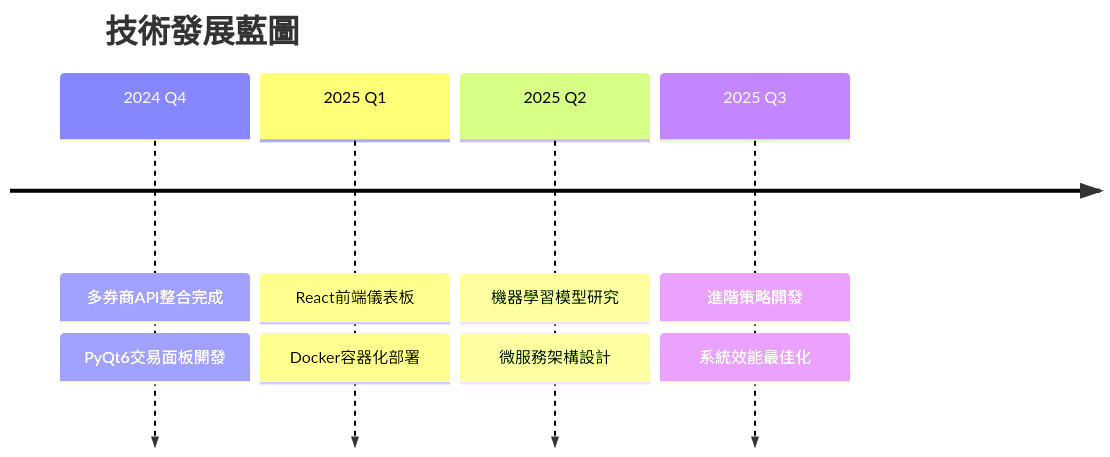
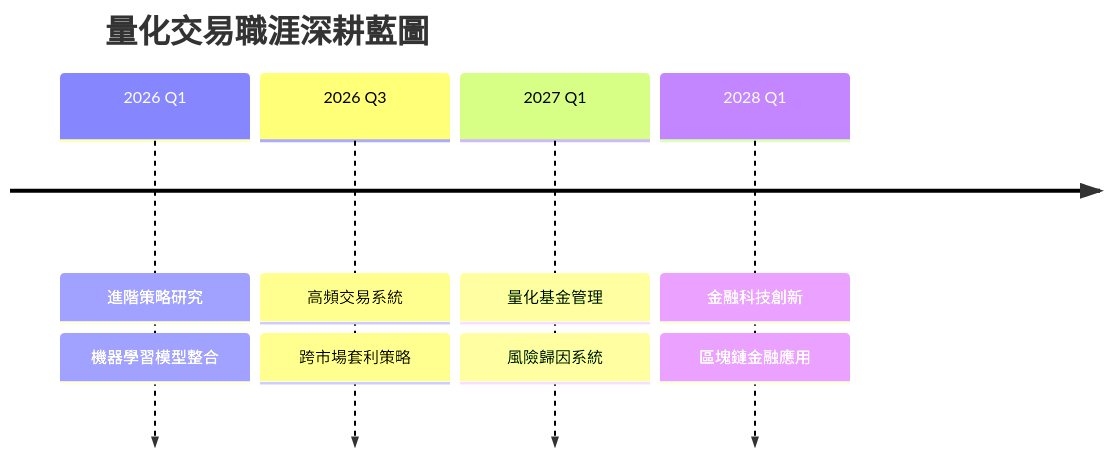
One commit to Weitsenyu/Weitsenyu changed the second of 2 diagrams in README.md. Above: the diagram before and after it, drawn with Mermaid. The commit also changed other lines of this file, not shown here.

````diff
--- a/README.md
+++ b/README.md
@@ -235,16 +235,16 @@
 ```mermaid
 timeline
-    title 技術發展藍圖
+    title 量化交易職涯深耕藍圖
     
-    2024 Q4 : 多券商API整合完成
-            : PyQt6交易面板開發
+    2026 Q1 : 進階策略研究
+            : 機器學習模型整合
             
-    2025 Q1 : React前端儀表板
-            : Docker容器化部署
+    2026 Q3 : 高頻交易系統
+            : 跨市場套利策略
             
-    2025 Q2 : 機器學習模型研究
-            : 微服務架構設計
+    2027 Q1 : 量化基金管理
+            : 風險歸因系統
             
-    2025 Q3 : 進階策略開發
-            : 系統效能最佳化
+    2028 Q1 : 金融科技創新
+            : 區塊鏈金融應用
 ```
````
